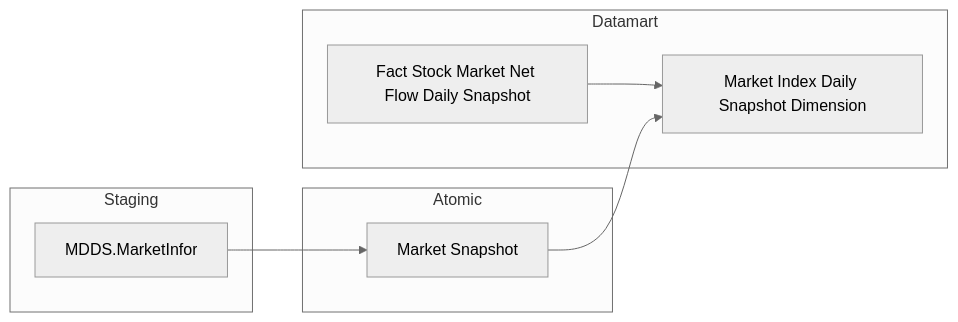
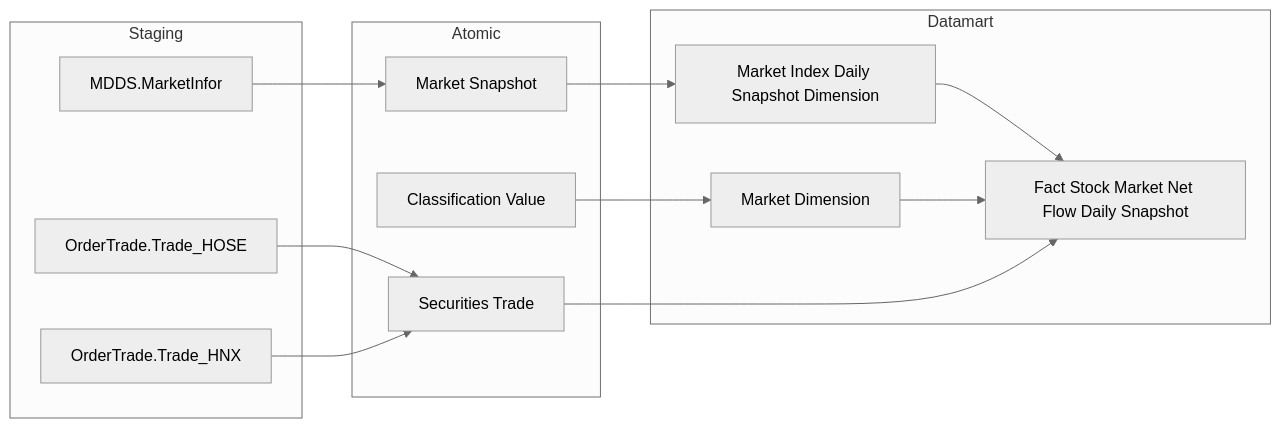
Before and after one commit to linhlvit/ubck_atomic_design: the first of 49 diagrams in Datamart/hld/DTM_VP_HLD.md, drawn with Mermaid (neutral theme). The commit also changed other lines of this file and 2 other files, not shown here.

````diff
--- a/Datamart/hld/DTM_VP_HLD.md
+++ b/Datamart/hld/DTM_VP_HLD.md
@@ -15,16 +13,26 @@
 ```mermaid
 flowchart LR
     subgraph SRC["Staging"]
         S1[MDDS.MarketInfor]
+        S2[OrderTrade.Trade_HOSE]
+        S3[OrderTrade.Trade_HNX]
     end
     subgraph SIL["Atomic"]
         A1[Market Snapshot]
+        A2[Securities Trade]
+        A3[Classification Value]
     end
     subgraph GOLD["Datamart"]
         D1[Market Index Daily Snapshot Dimension]
+        D2[Market Dimension]
         F1[Fact Stock Market Net Flow Daily Snapshot]
-        F1 --> D1
+        D1 --> F1
+        D2 --> F1
     end
     S1 --> A1
+    S2 --> A2
+    S3 --> A2
     A1 --> D1
+    A2 --> F1
+    A3 --> D2
 ```
````
